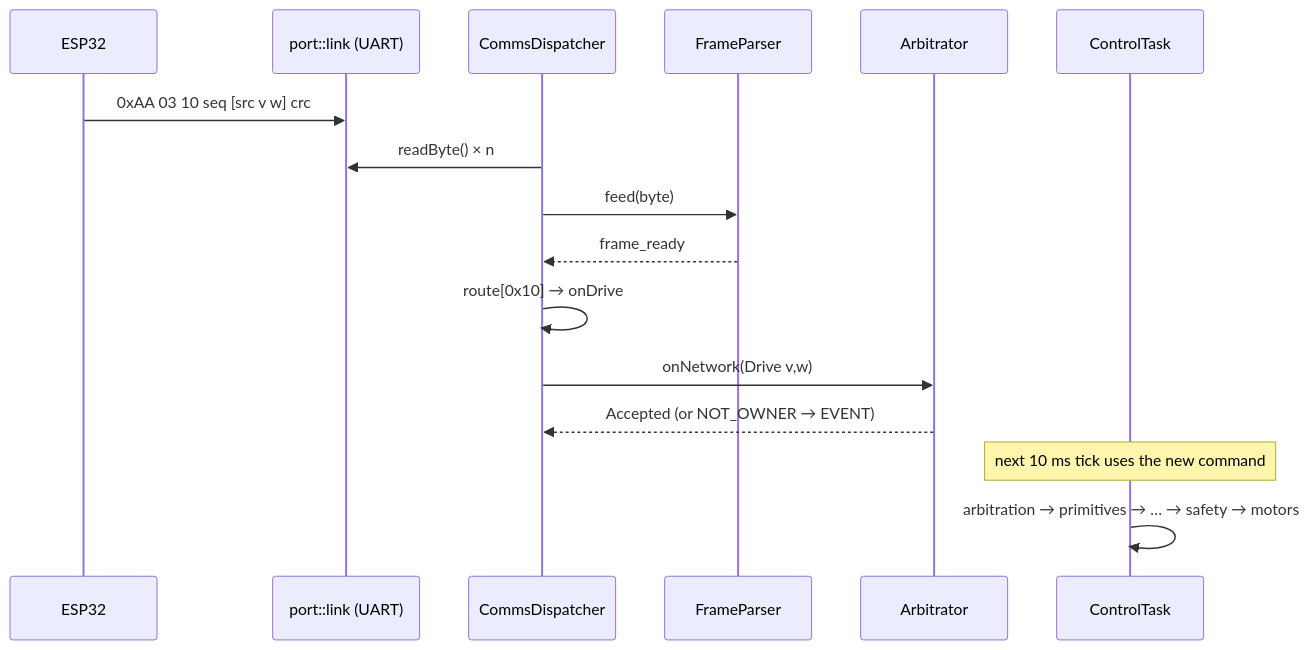
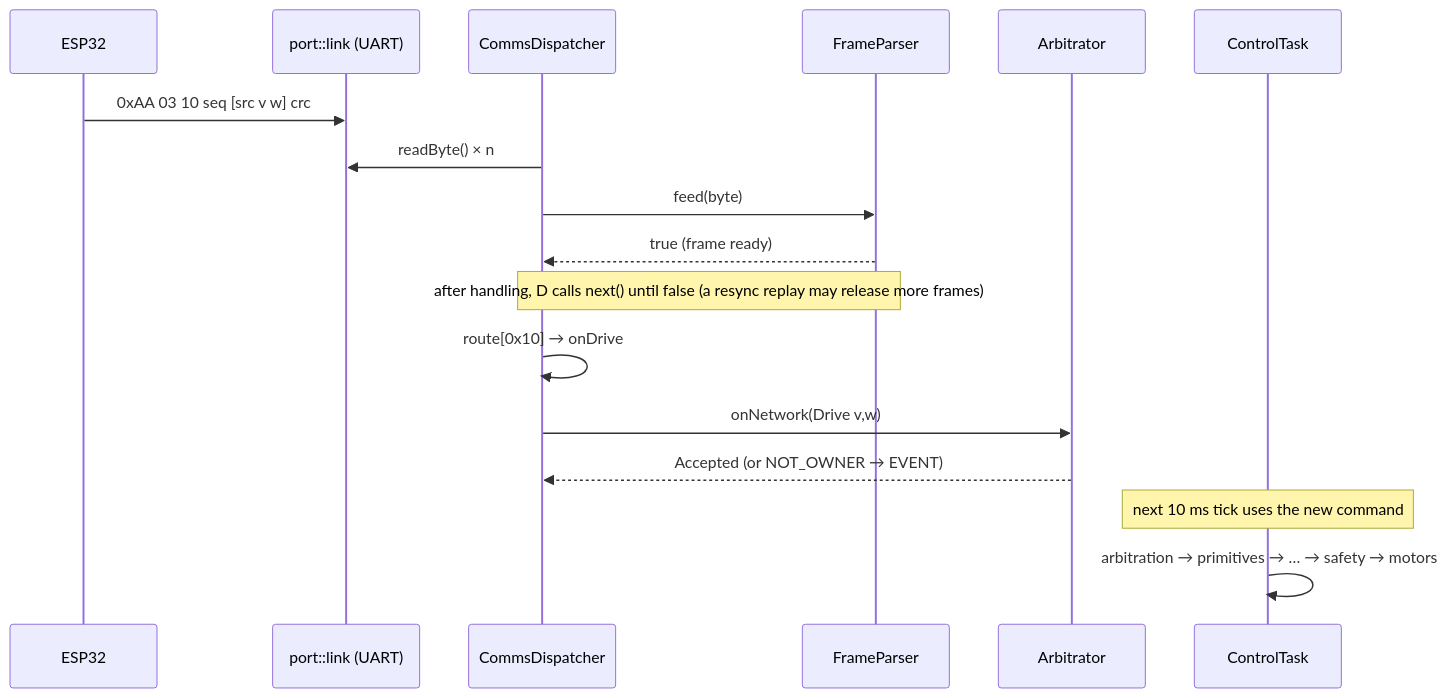
Diagram 13 of 24 in docs/lld/uno-firmware-lld.md (mannuray/conqueror), drawn with Mermaid before and after one commit. The commit also changed other lines of this file and 1 other file, not shown here.

First line of the commit message:
docs(plan-b): Uno frame parser resyncs like the Python parser

````diff
--- a/docs/lld/uno-firmware-lld.md
+++ b/docs/lld/uno-firmware-lld.md
@@ -725,18 +737,19 @@
 ```mermaid
 sequenceDiagram
     participant E as ESP32
     participant L as port::link (UART)
     participant D as CommsDispatcher
     participant P as FrameParser
     participant A as Arbitrator
     participant C as ControlTask
     E->>L: 0xAA 03 10 seq [src v w] crc
     D->>L: readByte() × n
     D->>P: feed(byte)
-    P-->>D: frame_ready
+    P-->>D: true (frame ready)
+    Note over D,P: after handling, D calls next() until false (a resync replay may release more frames)
     D->>D: route[0x10] → onDrive
     D->>A: onNetwork(Drive v,w)
     A-->>D: Accepted (or NOT_OWNER → EVENT)
     Note over C: next 10 ms tick uses the new command
     C->>C: arbitration → primitives → … → safety → motors
 ```
````
